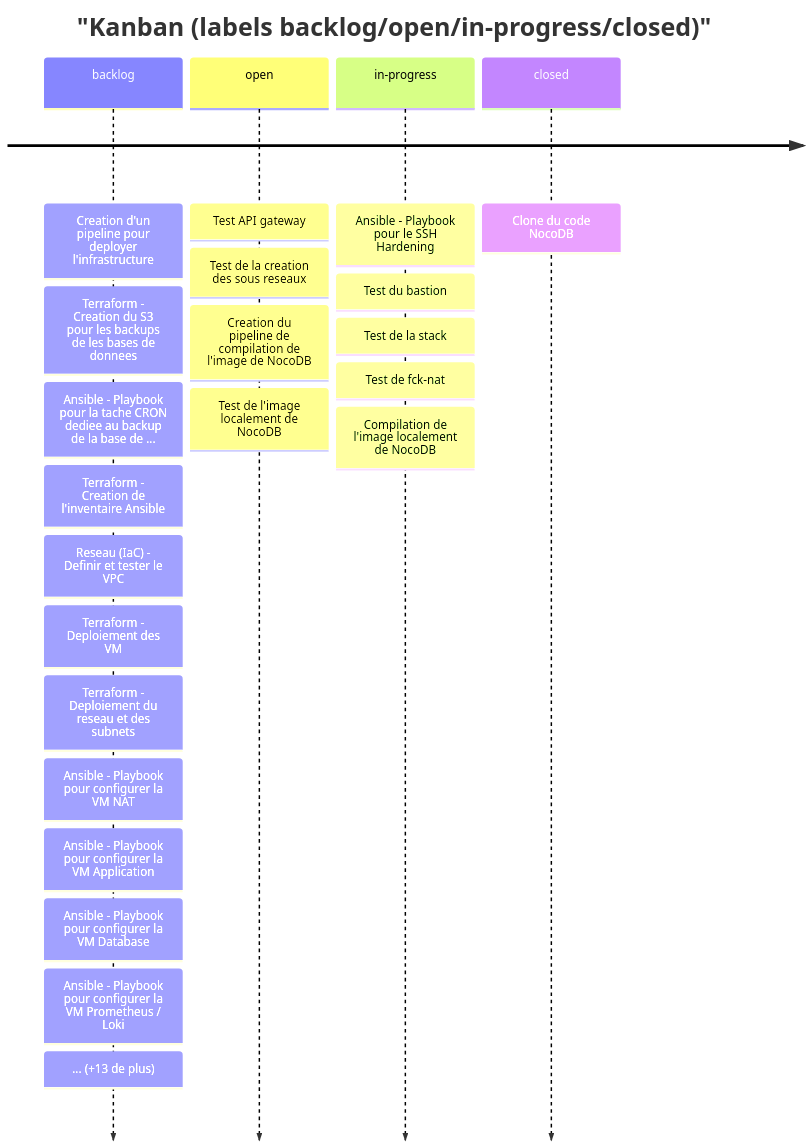
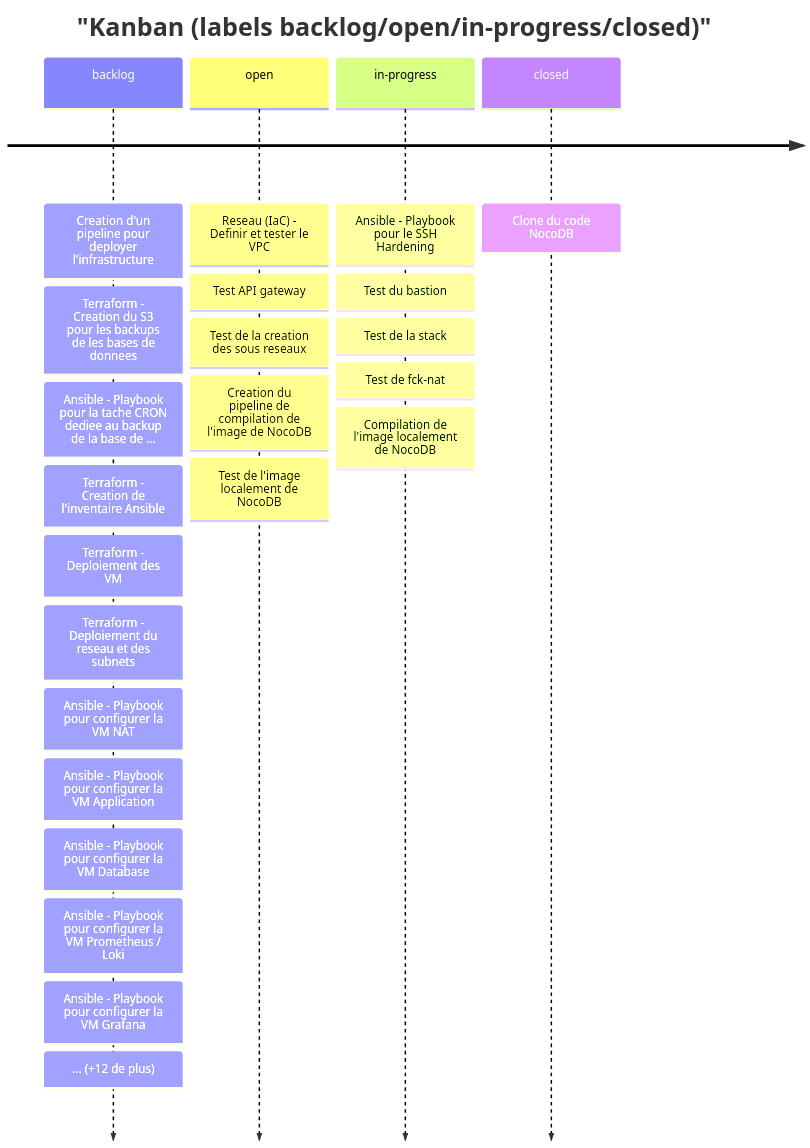
One commit to Gooseppr/GevOps_LC changed the fourth of 7 diagrams in modules/M41_projet-board-J01.md. Above: the diagram before and after it, drawn with Mermaid. The commit also changed other lines of this file, not shown here.

Commit message:
Auto commit & push depuis script pipeline

````diff
--- a/modules/M41_projet-board-J01.md
+++ b/modules/M41_projet-board-J01.md
@@ -63,8 +63,8 @@
 ```mermaid
 timeline
     title "Kanban (labels backlog/open/in-progress/closed)"
-    backlog : Creation d'un pipeline pour deployer l'infrastructure : Terraform - Creation du S3 pour les backups de les bases de donnees : Ansible - Playbook pour la tache CRON dediee au backup de la base de ... : Terraform - Creation de l'inventaire Ansible : Reseau (IaC) - Definir et tester le VPC : Terraform - Deploiement des VM : Terraform - Deploiement du reseau et des subnets : Ansible - Playbook pour configurer la VM NAT : Ansible - Playbook pour configurer la VM Application : Ansible - Playbook pour configurer la VM Database : Ansible - Playbook pour configurer la VM Prometheus / Loki : ... (+13 de plus)
-    open : Test API gateway : Test de la creation des sous reseaux : Creation du pipeline de compilation de l'image de NocoDB : Test de l'image localement de NocoDB
+    backlog : Creation d'un pipeline pour deployer l'infrastructure : Terraform - Creation du S3 pour les backups de les bases de donnees : Ansible - Playbook pour la tache CRON dediee au backup de la base de ... : Terraform - Creation de l'inventaire Ansible : Terraform - Deploiement des VM : Terraform - Deploiement du reseau et des subnets : Ansible - Playbook pour configurer la VM NAT : Ansible - Playbook pour configurer la VM Application : Ansible - Playbook pour configurer la VM Database : Ansible - Playbook pour configurer la VM Prometheus / Loki : Ansible - Playbook pour configurer la VM Grafana : ... (+12 de plus)
+    open : Reseau (IaC) - Definir et tester le VPC : Test API gateway : Test de la creation des sous reseaux : Creation du pipeline de compilation de l'image de NocoDB : Test de l'image localement de NocoDB
     in-progress : Ansible - Playbook pour le SSH Hardening : Test du bastion : Test de la stack : Test de fck-nat : Compilation de l'image localement de NocoDB
     closed : Clone du code NocoDB
 ```
````
